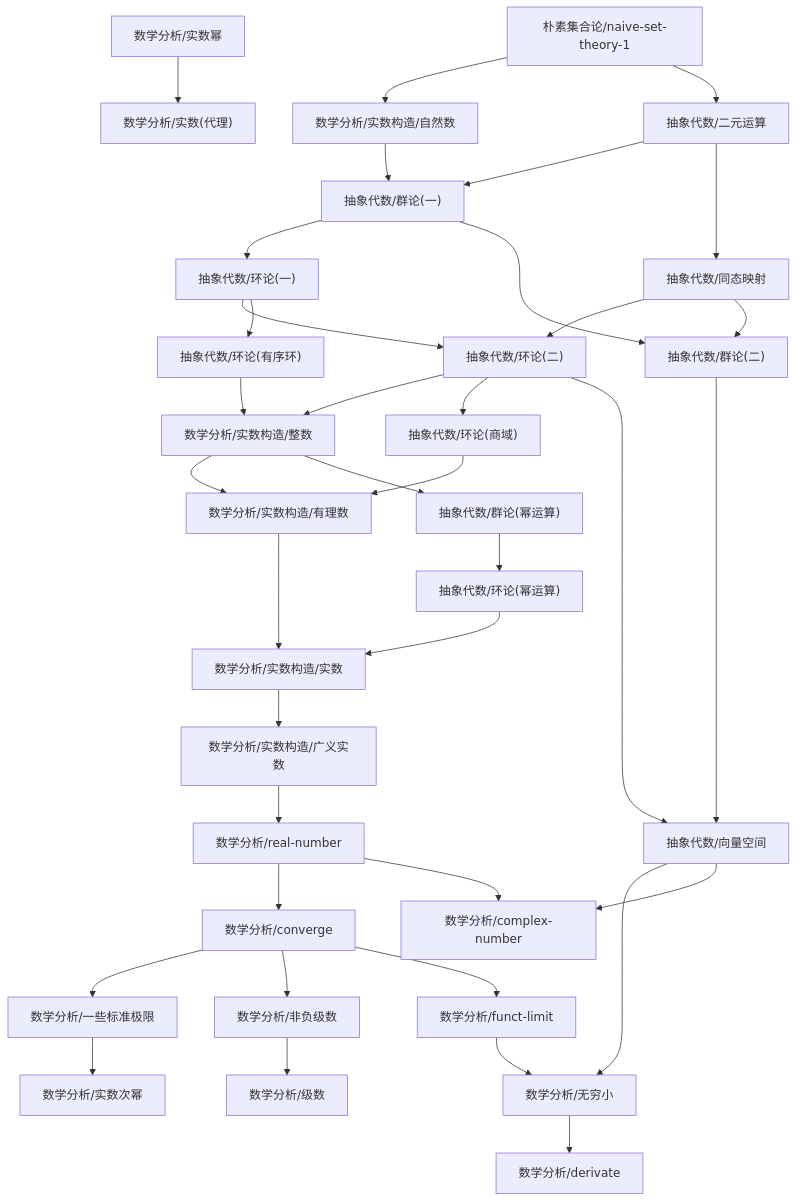
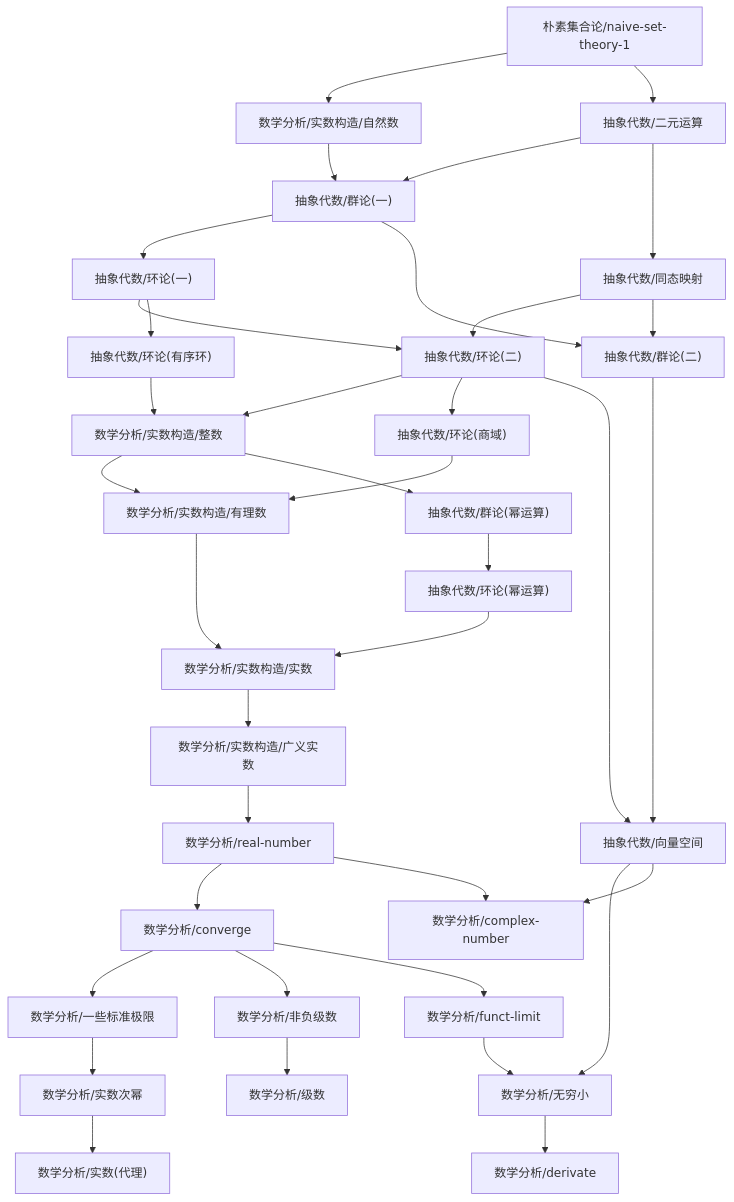
The diagram in content/数学分析/dependency_graph.md (zeroDtree/zeroDtree.github.io), drawn with Mermaid before and after one commit. The commit also changed 2 other files, not shown here.

Commit message:
Update 实数(代理).md to change link reference from "实数幂" to "实数次幂" for improved accuracy in mathematical terminology.

````diff
--- a/content/数学分析/dependency_graph.md
+++ b/content/数学分析/dependency_graph.md
@@ -1,39 +1,39 @@
 ```mermaid
 graph TD
 1["数学分析/非负级数"] --> 0["数学分析/级数"]
-3["数学分析/实数幂"] --> 2["数学分析/实数(代理)"]
+3["数学分析/实数次幂"] --> 2["数学分析/实数(代理)"]
 5["数学分析/converge"] --> 4["数学分析/一些标准极限"]
 7["数学分析/无穷小"] --> 6["数学分析/derivate"]
 8["数学分析/real-number"] --> 5["数学分析/converge"]
-4["数学分析/一些标准极限"] --> 9["数学分析/实数次幂"]
+4["数学分析/一些标准极限"] --> 3["数学分析/实数次幂"]
 5["数学分析/converge"] --> 1["数学分析/非负级数"]
-10["抽象代数/向量空间"] --> 7["数学分析/无穷小"]
-11["数学分析/funct-limit"] --> 7["数学分析/无穷小"]
-5["数学分析/converge"] --> 11["数学分析/funct-limit"]
-8["数学分析/real-number"] --> 13["数学分析/complex-number"]
-10["抽象代数/向量空间"] --> 13["数学分析/complex-number"]
-14["数学分析/实数构造/广义实数"] --> 8["数学分析/real-number"]
-16["数学分析/实数构造/有理数"] --> 15["数学分析/实数构造/实数"]
-17["抽象代数/环论(幂运算)"] --> 15["数学分析/实数构造/实数"]
-18["数学分析/实数构造/整数"] --> 16["数学分析/实数构造/有理数"]
-19["抽象代数/环论(商域)"] --> 16["数学分析/实数构造/有理数"]
-15["数学分析/实数构造/实数"] --> 14["数学分析/实数构造/广义实数"]
-21["朴素集合论/naive-set-theory-1"] --> 20["数学分析/实数构造/自然数"]
-22["抽象代数/环论(二)"] --> 18["数学分析/实数构造/整数"]
-23["抽象代数/环论(有序环)"] --> 18["数学分析/实数构造/整数"]
-24["抽象代数/环论(一)"] --> 22["抽象代数/环论(二)"]
-25["抽象代数/同态映射"] --> 22["抽象代数/环论(二)"]
-24["抽象代数/环论(一)"] --> 23["抽象代数/环论(有序环)"]
-26["抽象代数/群论(一)"] --> 24["抽象代数/环论(一)"]
-20["数学分析/实数构造/自然数"] --> 26["抽象代数/群论(一)"]
-27["抽象代数/二元运算"] --> 26["抽象代数/群论(一)"]
-21["朴素集合论/naive-set-theory-1"] --> 27["抽象代数/二元运算"]
-27["抽象代数/二元运算"] --> 25["抽象代数/同态映射"]
-22["抽象代数/环论(二)"] --> 19["抽象代数/环论(商域)"]
-28["抽象代数/群论(幂运算)"] --> 17["抽象代数/环论(幂运算)"]
-18["数学分析/实数构造/整数"] --> 28["抽象代数/群论(幂运算)"]
-29["抽象代数/群论(二)"] --> 10["抽象代数/向量空间"]
-22["抽象代数/环论(二)"] --> 10["抽象代数/向量空间"]
-26["抽象代数/群论(一)"] --> 29["抽象代数/群论(二)"]
-25["抽象代数/同态映射"] --> 29["抽象代数/群论(二)"]
+9["抽象代数/向量空间"] --> 7["数学分析/无穷小"]
+10["数学分析/funct-limit"] --> 7["数学分析/无穷小"]
+5["数学分析/converge"] --> 10["数学分析/funct-limit"]
+8["数学分析/real-number"] --> 12["数学分析/complex-number"]
+9["抽象代数/向量空间"] --> 12["数学分析/complex-number"]
+13["数学分析/实数构造/广义实数"] --> 8["数学分析/real-number"]
+15["数学分析/实数构造/有理数"] --> 14["数学分析/实数构造/实数"]
+16["抽象代数/环论(幂运算)"] --> 14["数学分析/实数构造/实数"]
+17["数学分析/实数构造/整数"] --> 15["数学分析/实数构造/有理数"]
+18["抽象代数/环论(商域)"] --> 15["数学分析/实数构造/有理数"]
+14["数学分析/实数构造/实数"] --> 13["数学分析/实数构造/广义实数"]
+20["朴素集合论/naive-set-theory-1"] --> 19["数学分析/实数构造/自然数"]
+21["抽象代数/环论(二)"] --> 17["数学分析/实数构造/整数"]
+22["抽象代数/环论(有序环)"] --> 17["数学分析/实数构造/整数"]
+23["抽象代数/环论(一)"] --> 21["抽象代数/环论(二)"]
+24["抽象代数/同态映射"] --> 21["抽象代数/环论(二)"]
+23["抽象代数/环论(一)"] --> 22["抽象代数/环论(有序环)"]
+25["抽象代数/群论(一)"] --> 23["抽象代数/环论(一)"]
+19["数学分析/实数构造/自然数"] --> 25["抽象代数/群论(一)"]
+26["抽象代数/二元运算"] --> 25["抽象代数/群论(一)"]
+20["朴素集合论/naive-set-theory-1"] --> 26["抽象代数/二元运算"]
+26["抽象代数/二元运算"] --> 24["抽象代数/同态映射"]
+21["抽象代数/环论(二)"] --> 18["抽象代数/环论(商域)"]
+27["抽象代数/群论(幂运算)"] --> 16["抽象代数/环论(幂运算)"]
+17["数学分析/实数构造/整数"] --> 27["抽象代数/群论(幂运算)"]
+28["抽象代数/群论(二)"] --> 9["抽象代数/向量空间"]
+21["抽象代数/环论(二)"] --> 9["抽象代数/向量空间"]
+25["抽象代数/群论(一)"] --> 28["抽象代数/群论(二)"]
+24["抽象代数/同态映射"] --> 28["抽象代数/群论(二)"]
 ```
````
